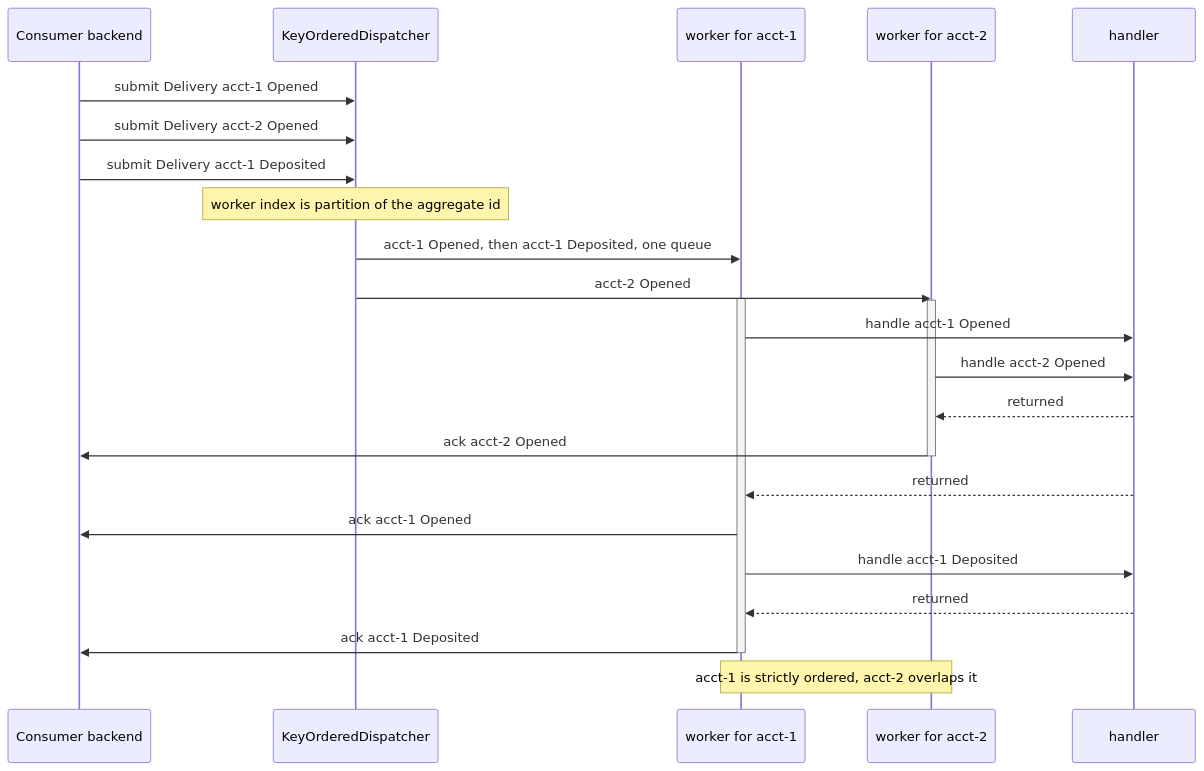
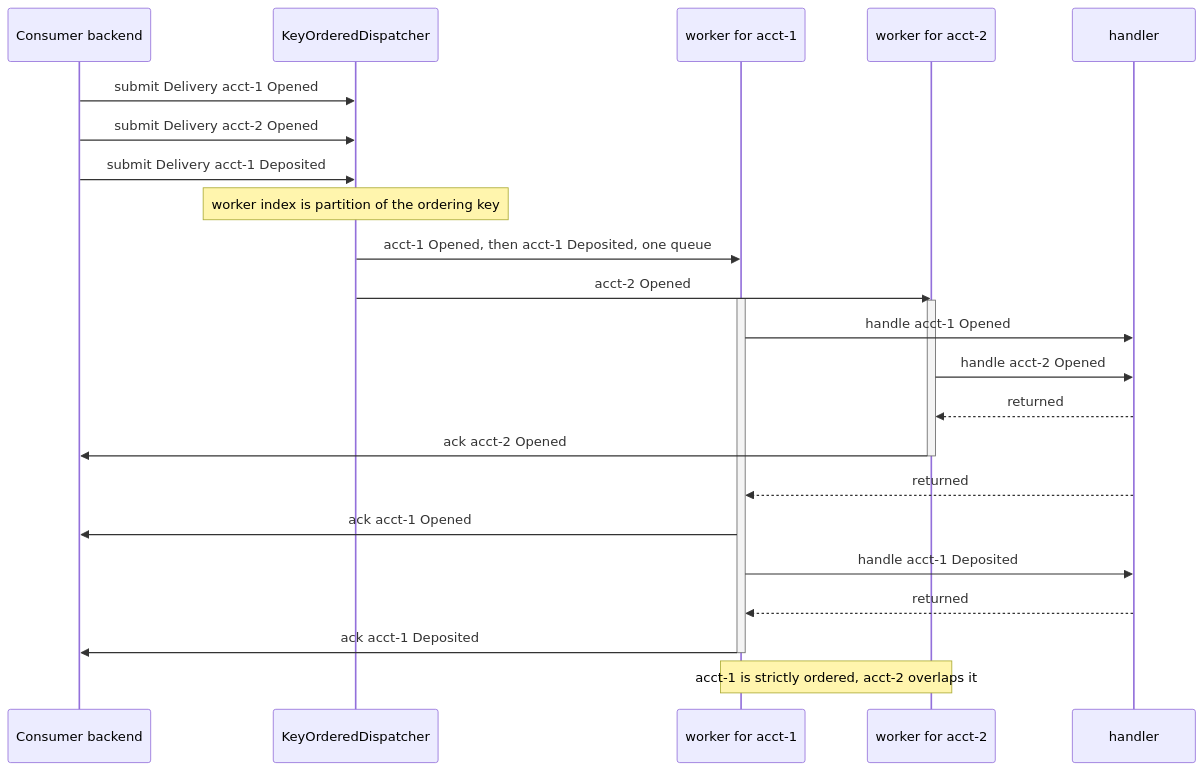
One commit to haskian/edax changed the third of 3 diagrams in docs/sdk/consuming.md. Above: the diagram before and after it, drawn with Mermaid. The commit also changed other lines of this file and 175 other files, not shown here.

````diff
--- a/docs/sdk/consuming.md
+++ b/docs/sdk/consuming.md
@@ -158,28 +166,28 @@
 ```mermaid
 sequenceDiagram
     participant C as Consumer backend
     participant D as KeyOrderedDispatcher
     participant W0 as worker for acct-1
     participant W1 as worker for acct-2
     participant H as handler
     C->>D: submit Delivery acct-1 Opened
     C->>D: submit Delivery acct-2 Opened
     C->>D: submit Delivery acct-1 Deposited
-    Note over D: worker index is partition of the aggregate id
+    Note over D: worker index is partition of the ordering key
     D->>W0: acct-1 Opened, then acct-1 Deposited, one queue
     D->>W1: acct-2 Opened
     activate W0
     activate W1
     W0->>H: handle acct-1 Opened
     W1->>H: handle acct-2 Opened
     H-->>W1: returned
     W1->>C: ack acct-2 Opened
     deactivate W1
     H-->>W0: returned
     W0->>C: ack acct-1 Opened
     W0->>H: handle acct-1 Deposited
     H-->>W0: returned
     W0->>C: ack acct-1 Deposited
     deactivate W0
     Note over W0,W1: acct-1 is strictly ordered, acct-2 overlaps it
 ```
````
